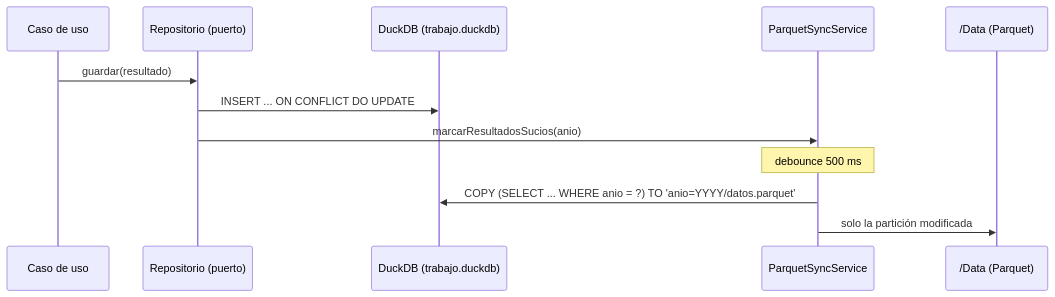
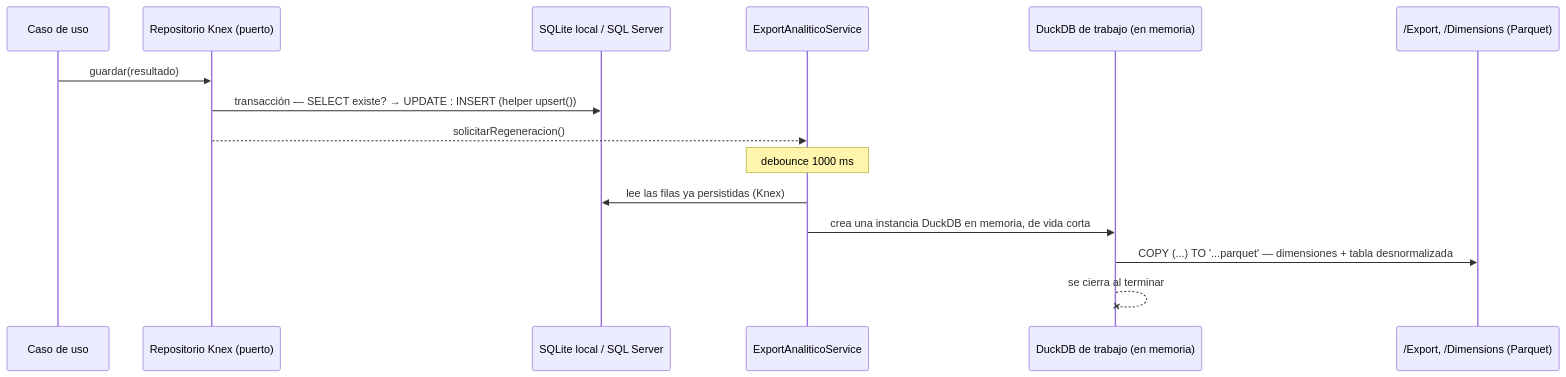
The third of 3 diagrams in docs/02-modelo-datos.md (Juanfrank/KPITracker), drawn with Mermaid before and after one commit. The commit also changed other lines of this file and 16 other files, not shown here.

````diff
--- a/docs/02-modelo-datos.md
+++ b/docs/02-modelo-datos.md
@@ -203,15 +191,18 @@
 ```mermaid
 sequenceDiagram
     participant UC as Caso de uso
-    participant Repo as Repositorio (puerto)
-    participant DB as DuckDB (trabajo.duckdb)
-    participant Sync as ParquetSyncService
-    participant FS as /Data (Parquet)
+    participant Repo as Repositorio Knex (puerto)
+    participant DB as SQLite local / SQL Server
+    participant Exp as ExportAnaliticoService
+    participant Duck as DuckDB de trabajo (en memoria)
+    participant FS as /Export, /Dimensions (Parquet)
 
     UC->>Repo: guardar(resultado)
-    Repo->>DB: INSERT ... ON CONFLICT DO UPDATE
-    Repo->>Sync: marcarResultadosSucios(anio)
-    Note over Sync: debounce 500 ms
-    Sync->>DB: COPY (SELECT ... WHERE anio = ?) TO 'anio=YYYY/datos.parquet'
-    Sync->>FS: solo la partición modificada
+    Repo->>DB: transacción — SELECT existe? → UPDATE : INSERT (helper upsert())
+    Repo-->>Exp: solicitarRegeneracion()
+    Note over Exp: debounce 1000 ms
+    Exp->>DB: lee las filas ya persistidas (Knex)
+    Exp->>Duck: crea una instancia DuckDB en memoria, de vida corta
+    Duck->>FS: COPY (...) TO '...parquet' — dimensiones + tabla desnormalizada
+    Duck--xDuck: se cierra al terminar
 ```
````
